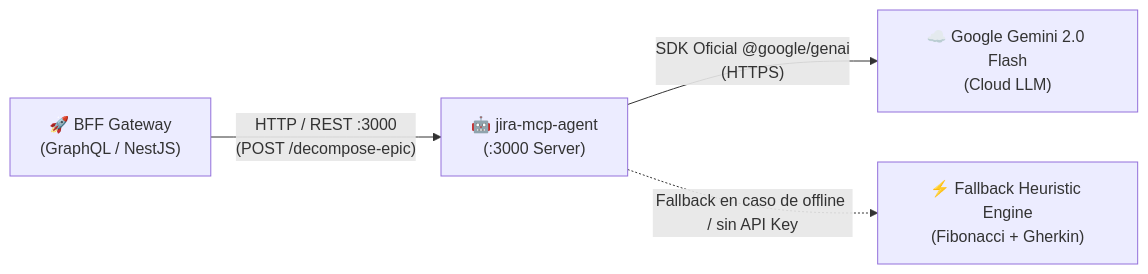
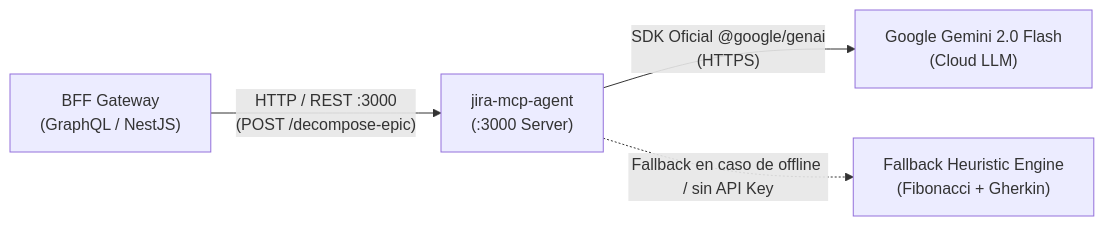
Before and after one commit to ElMatsiii/jira-mcp-agent: the diagram in README.md, drawn with Mermaid. The commit also changed other lines of this file and 2 other files, not shown here.

````diff
--- a/README.md
+++ b/README.md
@@ -15,7 +15,7 @@
 ```mermaid
 flowchart LR
-    BFF["🚀 BFF Gateway\n(GraphQL / NestJS)"] -->|"HTTP / REST :3000\n(POST /decompose-epic)"| MCP["🤖 jira-mcp-agent\n(:3000 Server)"]
+    BFF["BFF Gateway\n(GraphQL / NestJS)"] -->|"HTTP / REST :3000\n(POST /decompose-epic)"| MCP["jira-mcp-agent\n(:3000 Server)"]
     
-    MCP -->|"SDK Oficial @google/genai\n(HTTPS)"| GEMINI["☁️ Google Gemini 2.0 Flash\n(Cloud LLM)"]
-    MCP -.->|"Fallback en caso de offline / sin API Key"| FB["⚡ Fallback Heuristic Engine\n(Fibonacci + Gherkin)"]
+    MCP -->|"SDK Oficial @google/genai\n(HTTPS)"| GEMINI["Google Gemini 2.0 Flash\n(Cloud LLM)"]
+    MCP -.->|"Fallback en caso de offline / sin API Key"| FB["Fallback Heuristic Engine\n(Fibonacci + Gherkin)"]
 ```
````
